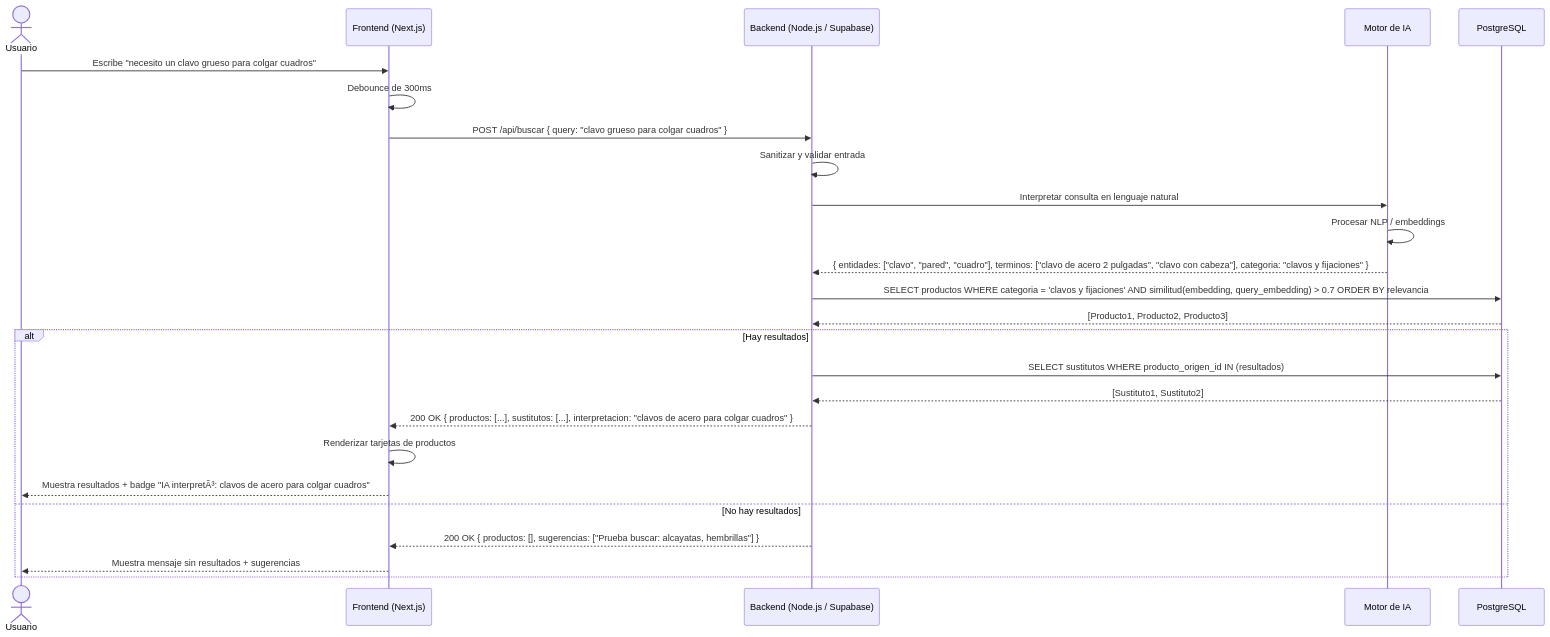
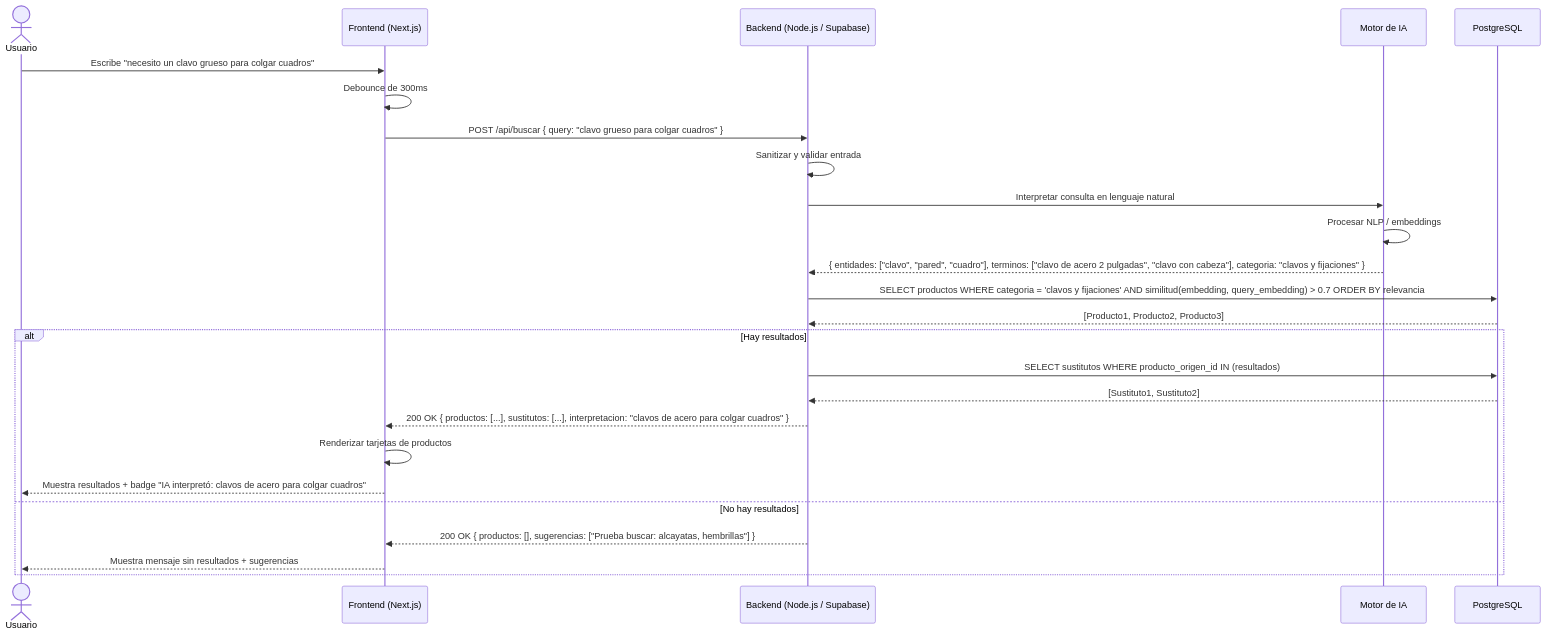
Before and after one commit to Samsr2001/buscador-ferreteria: the fourth of 6 diagrams in diagramas_UML.md, drawn with Mermaid. The commit also changed other lines of this file, not shown here.

Commit message:
fix(docs): restaurar codificacion y sintaxis markdown de diagramas UML

````diff
--- a/diagramas_UML.md
+++ b/diagramas_UML.md
@@ -149,31 +149,31 @@
 ```mermaid
 sequenceDiagram
     actor U as Usuario
     participant FE as Frontend (Next.js)
     participant BE as Backend (Node.js / Supabase)
     participant IA as Motor de IA
     participant BD as PostgreSQL
 
     U->>FE: Escribe "necesito un clavo grueso para colgar cuadros"
     FE->>FE: Debounce de 300ms
     FE->>BE: POST /api/buscar { query: "clavo grueso para colgar cuadros" }
 
     BE->>BE: Sanitizar y validar entrada
     BE->>IA: Interpretar consulta en lenguaje natural
     IA->>IA: Procesar NLP / embeddings
     IA-->>BE: { entidades: ["clavo", "pared", "cuadro"], terminos: ["clavo de acero 2 pulgadas", "clavo con cabeza"], categoria: "clavos y fijaciones" }
 
     BE->>BD: SELECT productos WHERE categoria = 'clavos y fijaciones' AND similitud(embedding, query_embedding) > 0.7 ORDER BY relevancia
     BD-->>BE: [Producto1, Producto2, Producto3]
 
     alt Hay resultados
         BE->>BD: SELECT sustitutos WHERE producto_origen_id IN (resultados)
         BD-->>BE: [Sustituto1, Sustituto2]
         BE-->>FE: 200 OK { productos: [...], sustitutos: [...], interpretacion: "clavos de acero para colgar cuadros" }
         FE->>FE: Renderizar tarjetas de productos
-        FE-->>U: Muestra resultados + badge "IA interpretÃ³: clavos de acero para colgar cuadros"
+        FE-->>U: Muestra resultados + badge "IA interpretó: clavos de acero para colgar cuadros"
     else No hay resultados
         BE-->>FE: 200 OK { productos: [], sugerencias: ["Prueba buscar: alcayatas, hembrillas"] }
         FE-->>U: Muestra mensaje sin resultados + sugerencias
     end
 ```
````
